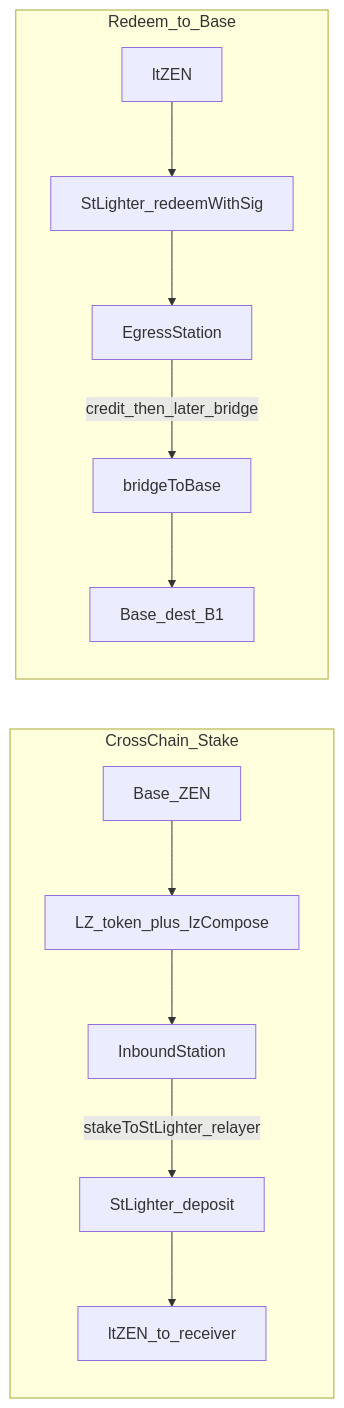
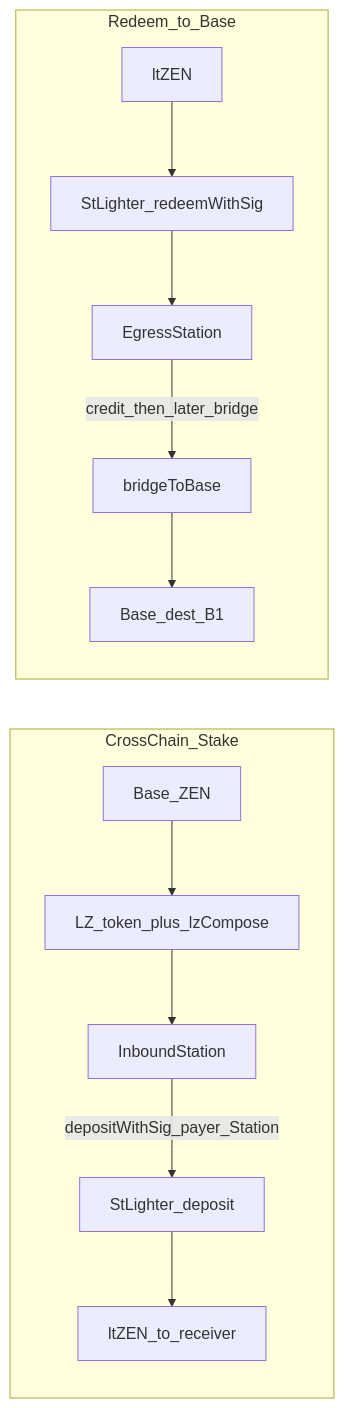
One commit to dust/zen-staking-layer changed the diagram in docs/stLighter-station-design.md. Above: the diagram before and after it, drawn with Mermaid. The commit also changed other lines of this file and 30 other files, not shown here.

````diff
--- a/docs/stLighter-station-design.md
+++ b/docs/stLighter-station-design.md
@@ -46,22 +46,22 @@
 ```mermaid
 flowchart LR
   subgraph inbound [CrossChain_Stake]
     BaseZEN[Base_ZEN]
     LZ[LZ_token_plus_lzCompose]
     InS[InboundStation]
     SL[StLighter_deposit]
     ltZEN[ltZEN_to_receiver]
     BaseZEN --> LZ --> InS
-    InS -->|stakeToStLighter_relayer| SL --> ltZEN
+    InS -->|depositWithSig_payer_Station| SL --> ltZEN
   end
 
   subgraph outbound [Redeem_to_Base]
     ltZEN2[ltZEN]
     redeem[StLighter_redeemWithSig]
     EgS[EgressStation]
     bridge[bridgeToBase]
     BaseDest[Base_dest_B1]
     ltZEN2 --> redeem --> EgS
     EgS -->|credit_then_later_bridge| bridge --> BaseDest
   end
 ```
````
